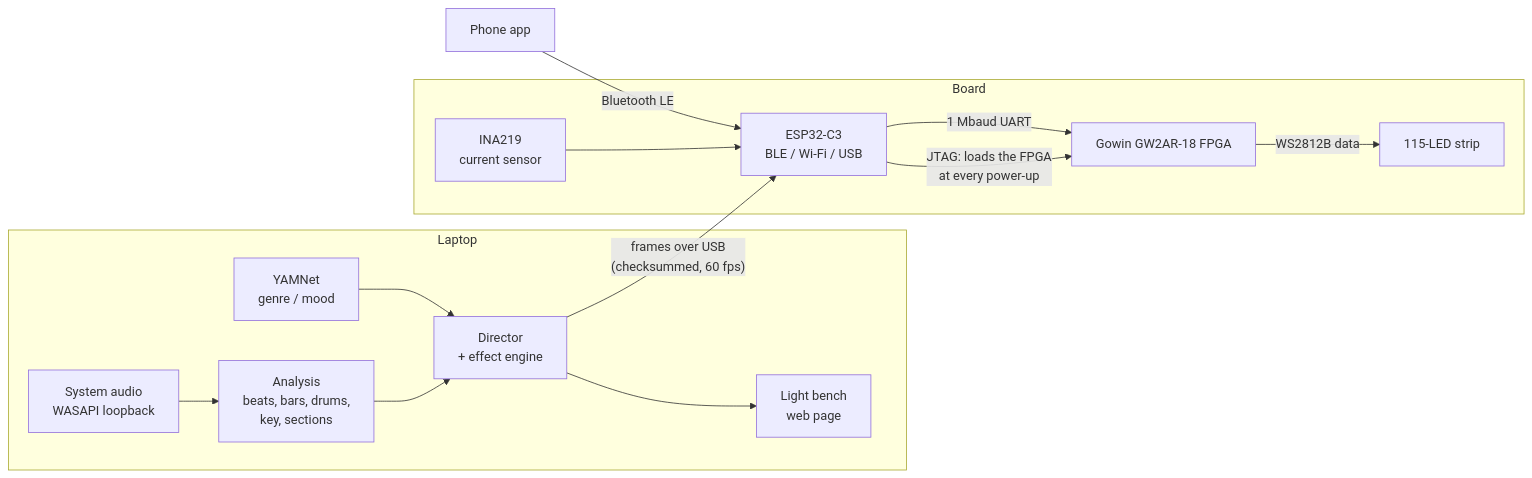
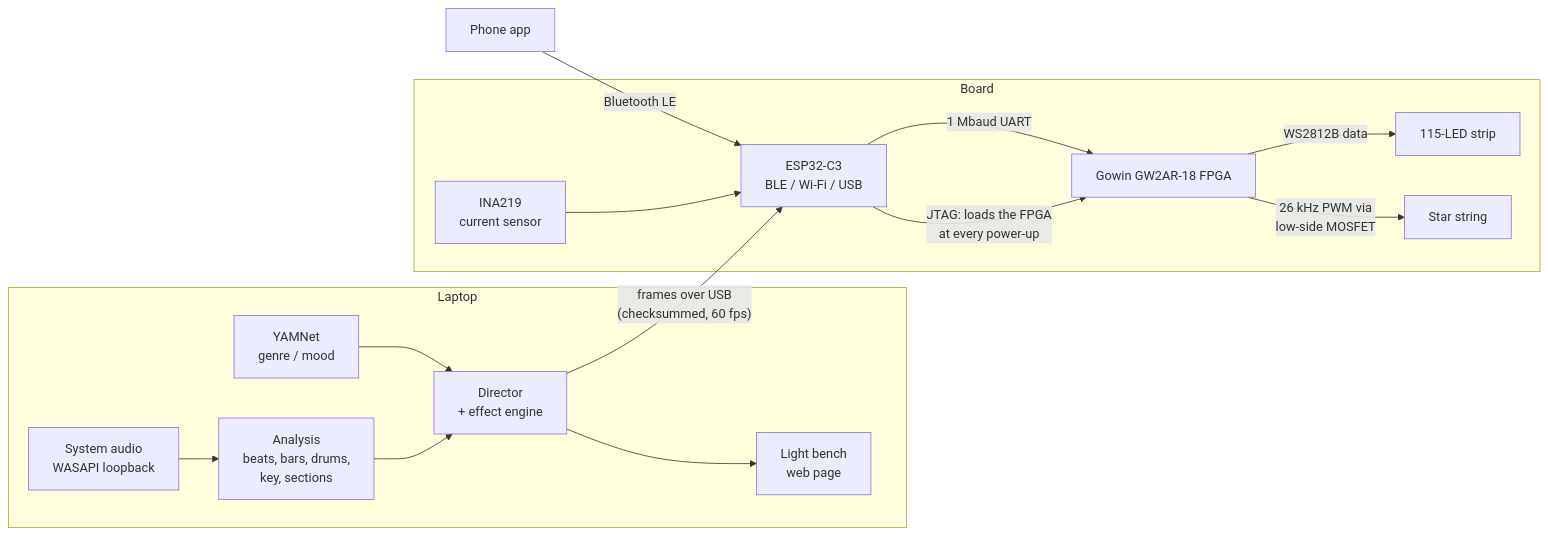
The diagram in README.md (silverajat/ledctl), drawn with Mermaid before and after one commit. The commit also changed other lines of this file and 3 other files, not shown here.

Commit message:
Docs: the star string (FPGA PWM on the spare MOSFET output, kick flashes) and how its wiring fault was found

````diff
--- a/README.md
+++ b/README.md
@@ -52,17 +55,18 @@
 ```mermaid
 flowchart LR
     subgraph Laptop
         A[System audio<br/>WASAPI loopback] --> B[Analysis<br/>beats, bars, drums,<br/>key, sections]
         Y[YAMNet<br/>genre / mood] --> D
         B --> D[Director<br/>+ effect engine]
         D --> W[Light bench<br/>web page]
     end
     D -- "frames over USB<br/>(checksummed, 60 fps)" --> E
     P[Phone app] -- Bluetooth LE --> E
     subgraph Board
         E[ESP32-C3<br/>BLE / Wi-Fi / USB] -- "1 Mbaud UART" --> F[Gowin GW2AR-18 FPGA]
         E -- "JTAG: loads the FPGA<br/>at every power-up" --> F
         F -- "WS2812B data" --> S[115-LED strip]
+        F -- "26 kHz PWM via<br/>low-side MOSFET" --> T[Star string]
         I[INA219<br/>current sensor] --> E
     end
 ```
````
